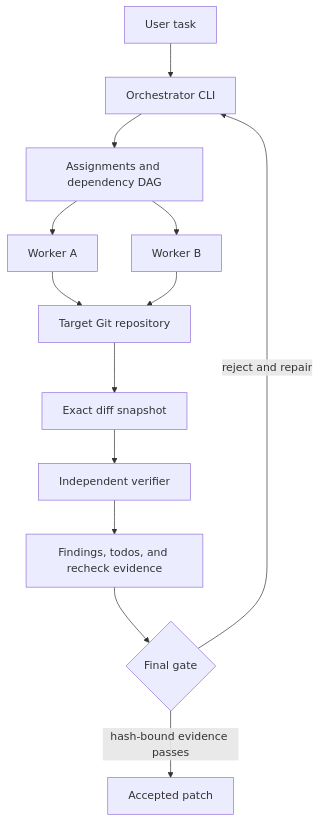
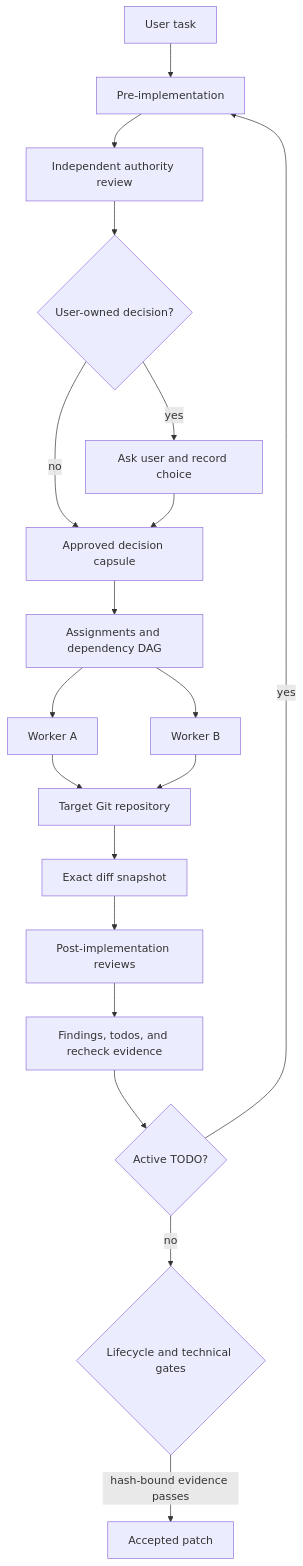
The diagram in README.md (areshand/multiagent), drawn with Mermaid before and after one commit. The commit also changed other lines of this file and 12 other files, not shown here.

First line of the commit message:
Enforce explicit decision ownership before implementation

````diff
--- a/README.md
+++ b/README.md
@@ -41,15 +41,21 @@
 ```mermaid
 flowchart TD
-    User["User task"] --> Orchestrator["Orchestrator CLI"]
-    Orchestrator --> DAG["Assignments and dependency DAG"]
+    User["User task"] --> Pre["Pre-implementation"]
+    Pre --> Authority["Independent authority review"]
+    Authority --> Choice{"User-owned decision?"}
+    Choice -- "yes" --> UserDecision["Ask user and record choice"]
+    Choice -- "no" --> Capsule["Approved decision capsule"]
+    UserDecision --> Capsule
+    Capsule --> DAG["Assignments and dependency DAG"]
     DAG --> WorkerA["Worker A"]
     DAG --> WorkerB["Worker B"]
     WorkerA --> Repo["Target Git repository"]
     WorkerB --> Repo
     Repo --> Snapshot["Exact diff snapshot"]
-    Snapshot --> Verifier["Independent verifier"]
-    Verifier --> Findings["Findings, todos, and recheck evidence"]
-    Findings --> Gate{"Final gate"}
-    Gate -- "reject and repair" --> Orchestrator
+    Snapshot --> Reviews["Post-implementation reviews"]
+    Reviews --> Findings["Findings, todos, and recheck evidence"]
+    Findings --> Todo{"Active TODO?"}
+    Todo -- "yes" --> Pre
+    Todo -- "no" --> Gate{"Lifecycle and technical gates"}
     Gate -- "hash-bound evidence passes" --> Result["Accepted patch"]
 ```
````
